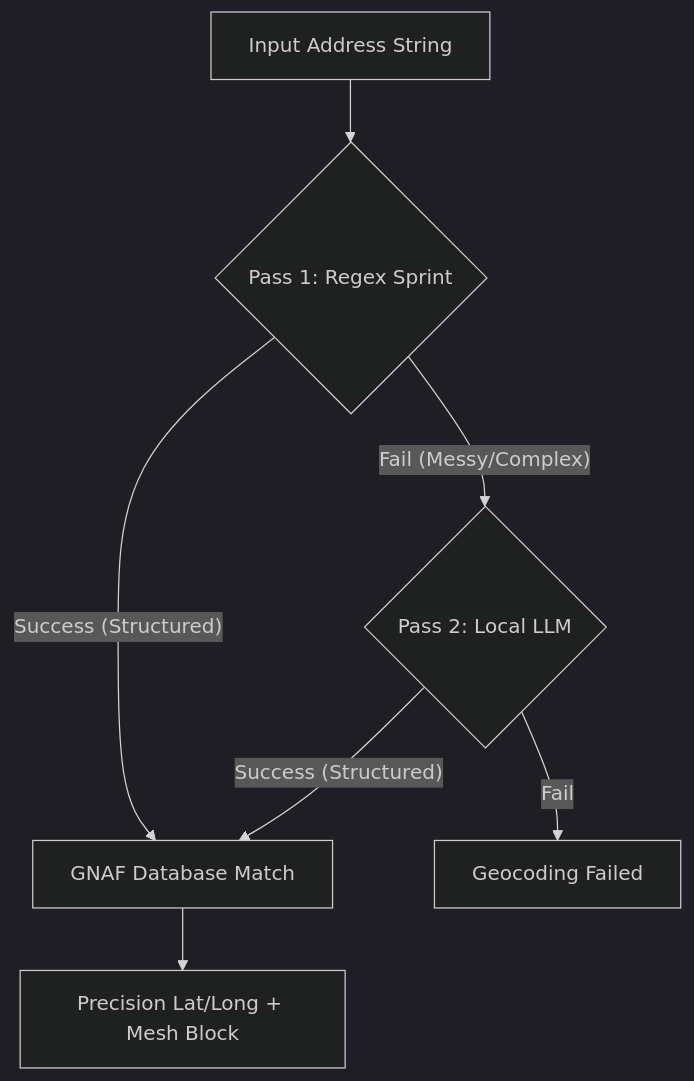
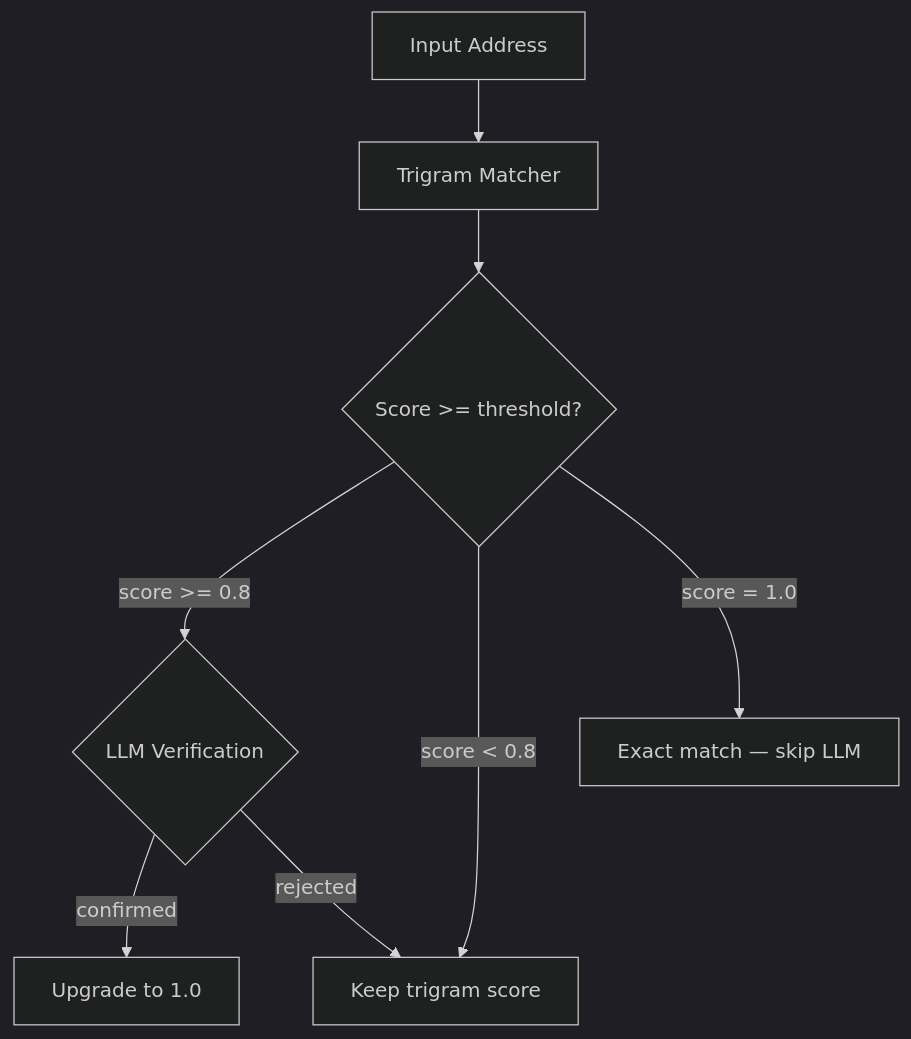
One commit to shannondussoye/gnafer changed the diagram in README.md. Above: the diagram before and after it, drawn with Mermaid (dark theme). The commit also changed other lines of this file and 29 other files, not shown here.

````diff
--- a/README.md
+++ b/README.md
@@ -13,9 +13,10 @@
 ```mermaid
 graph TD
-    A[Input Address String] --> B{Pass 1: Regex Sprint}
-    B -- "Success (Structured)" --> C[GNAF Database Match]
-    B -- "Fail (Messy/Complex)" --> D{Pass 2: Local LLM}
-    D -- "Success (Structured)" --> C
-    D -- "Fail" --> E[Geocoding Failed]
-    C --> F[Precision Lat/Long + Mesh Block]
+    A[Input Address] --> B[Trigram Matcher]
+    B --> C{Score >= threshold?}
+    C -->|"score >= 0.8"| D{LLM Verification}
+    C -->|"score < 0.8"| E[Keep trigram score]
+    C -->|"score = 1.0"| F[Exact match — skip LLM]
+    D -->|"confirmed"| G["Upgrade to 1.0"]
+    D -->|"rejected"| E
 ```
````
